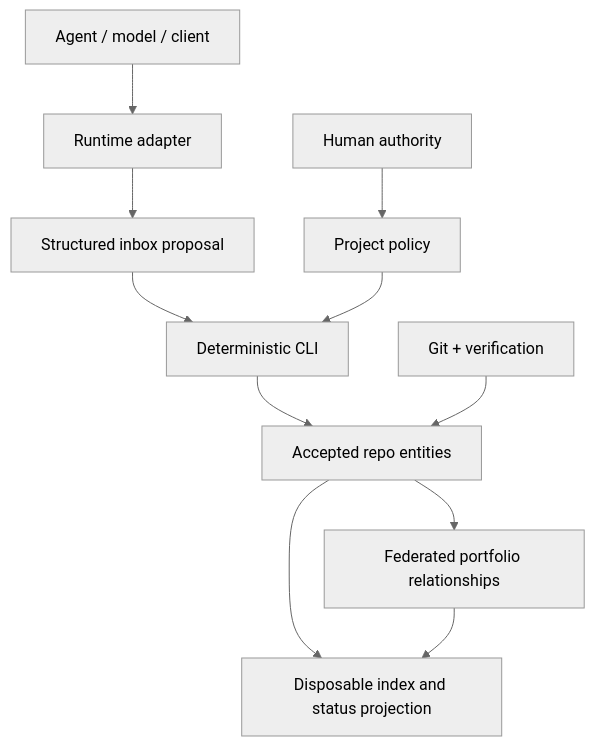
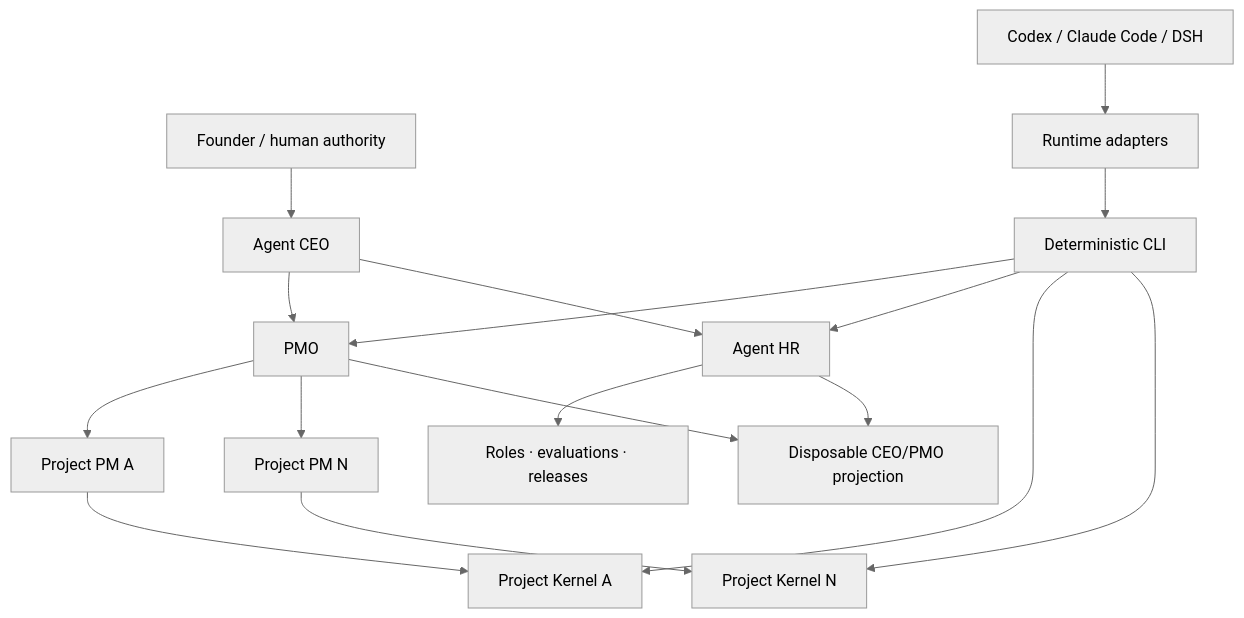
Before and after one commit to Jinchengawu/Agent-Project-OS: the diagram in docs/ARCHITECTURE.md, drawn with Mermaid (neutral theme). The commit also changed other lines of this file and 120 other files, not shown here.

Commit message:
feat: complete Agent Project OS v0.4.0a1

````diff
--- a/docs/ARCHITECTURE.md
+++ b/docs/ARCHITECTURE.md
@@ -9,13 +9,19 @@
 ```mermaid
 flowchart TB
-  H["Human authority"] --> P["Project policy"]
-  A["Agent / model / client"] --> D["Runtime adapter"]
-  D --> I["Structured inbox proposal"]
-  I --> C["Deterministic CLI"]
-  P --> C
-  C --> E["Accepted repo entities"]
-  G["Git + verification"] --> E
-  E --> X["Disposable index and status projection"]
-  E --> F["Federated portfolio relationships"]
-  F --> X
+  F["Founder / human authority"] --> CEO["Agent CEO"]
+  CEO --> PMO["PMO"]
+  PMO --> P1["Project PM A"]
+  PMO --> PN["Project PM N"]
+  P1 --> K1["Project Kernel A"]
+  PN --> KN["Project Kernel N"]
+  CEO --> HR["Agent HR"]
+  HR --> W["Roles · evaluations · releases"]
+  C["Deterministic CLI"] --> PMO
+  C --> HR
+  C --> K1
+  C --> KN
+  A["Codex / Claude Code / DSH"] --> D["Runtime adapters"]
+  D --> C
+  PMO --> X["Disposable CEO/PMO projection"]
+  HR --> X
 ```
````
